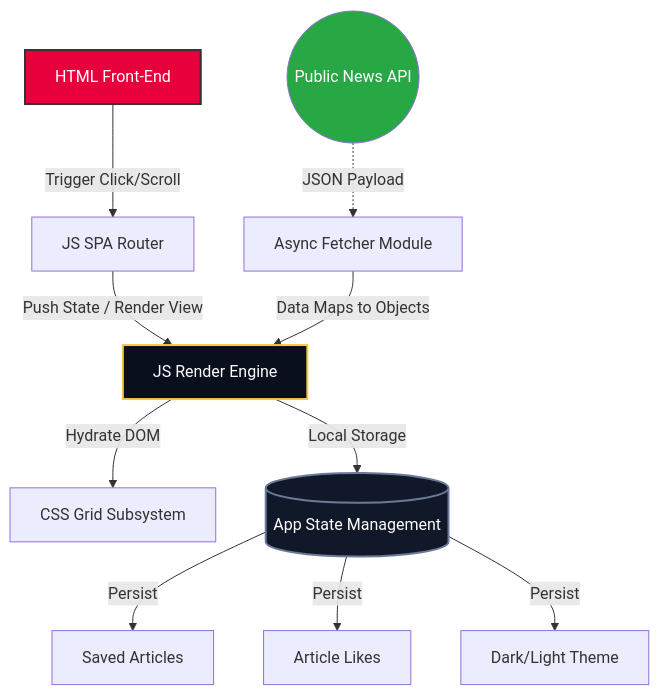
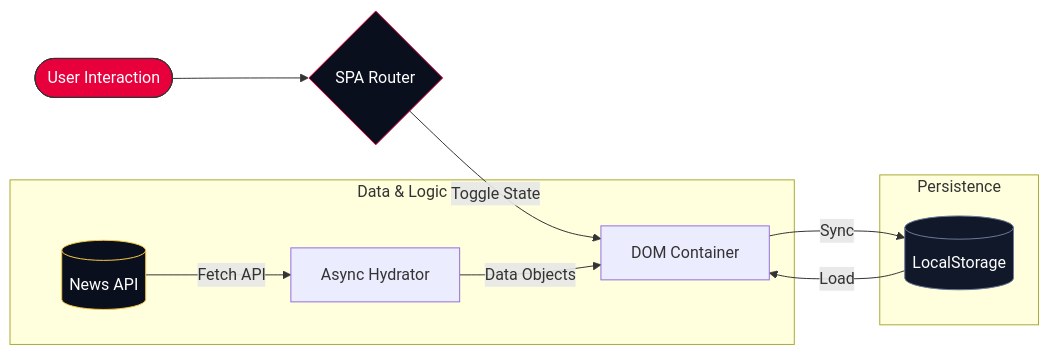
Before and after one commit to pbaviskar5533/Jk-Project: the diagram in README.md, drawn with Mermaid. The commit also changed other lines of this file, not shown here.

````diff
--- a/README.md
+++ b/README.md
@@ -34,20 +17,20 @@
 ```mermaid
-graph TD
-    UI[HTML Front-End] --> |Trigger Click/Scroll| Router[JS SPA Router]
-    Router --> |Push State / Render View| Engine[JS Render Engine]
+graph LR
+    User([User Interaction]) --> Router{SPA Router}
+    Router -->|Toggle State| View[DOM Container]
     
-    subAPI((Public News API)) -.-> |JSON Payload| Fetch[Async Fetcher Module]
-    Fetch --> |Data Maps to Objects| Engine
+    subgraph "Data & Logic"
+    API[(News API)] -->|Fetch API| Async[Async Hydrator]
+    Async -->|Data Objects| View
+    end
     
-    Engine --> |Hydrate DOM| Grid[CSS Grid Subsystem]
-    Engine --> |Local Storage| State[(App State Management)]
+    subgraph "Persistence"
+    View -->|Sync| Store[(LocalStorage)]
+    Store -->|Load| View
+    end
     
-    State --> |Persist| Bookmarks[Saved Articles]
-    State --> |Persist| Likes[Article Likes]
-    State --> |Persist| Theme[Dark/Light Theme]
-    
-    style UI fill:#E8003D,stroke:#333,stroke-width:2px,color:#fff
-    style Engine fill:#0A0F1E,stroke:#F5C842,stroke-width:2px,color:#fff
-    style State fill:#111829,stroke:#6B7A99,stroke-width:2px,color:#fff
-    style subAPI fill:#28a745,color:#fff
+    style User fill:#E8003D,stroke:#333,color:#fff
+    style Router fill:#0A0F1E,stroke:#E8003D,color:#fff
+    style API fill:#0A0F1E,stroke:#F5C842,color:#fff
+    style Store fill:#111829,stroke:#6B7A99,color:#fff
 ```
````
